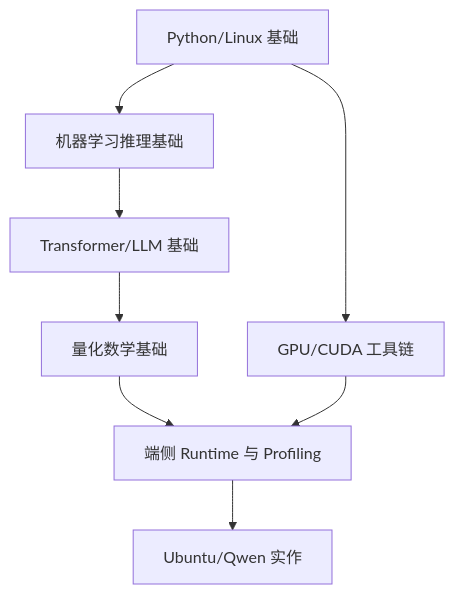
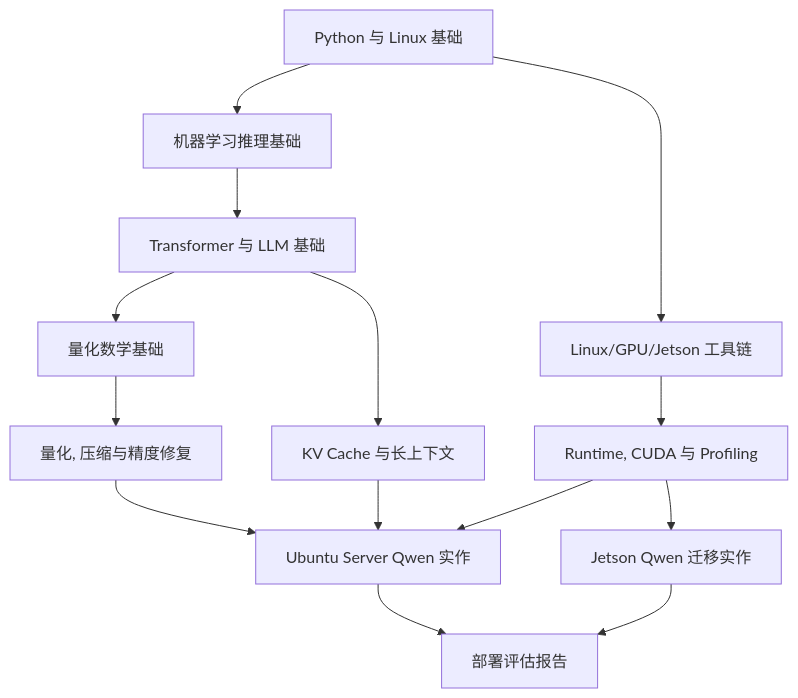
Before and after one commit to skyswordw/edge-ai-deployment-course: the diagram in docs/prerequisites.md, drawn with Mermaid. The commit also changed other lines of this file and 29 other files, not shown here.

````diff
--- a/docs/prerequisites.md
+++ b/docs/prerequisites.md
@@ -19,10 +33,16 @@
 ```mermaid
 flowchart TD
-  A[Python/Linux 基础] --> B[机器学习推理基础]
-  B --> C[Transformer/LLM 基础]
-  C --> D[量化数学基础]
-  A --> E[GPU/CUDA 工具链]
-  D --> F[端侧 Runtime 与 Profiling]
-  E --> F
-  F --> G[Ubuntu/Qwen 实作]
+  A["Python 与 Linux 基础"] --> B["机器学习推理基础"]
+  B --> C["Transformer 与 LLM 基础"]
+  C --> D["量化数学基础"]
+  A --> E["Linux/GPU/Jetson 工具链"]
+  D --> F["量化, 压缩与精度修复"]
+  C --> G["KV Cache 与长上下文"]
+  E --> H["Runtime, CUDA 与 Profiling"]
+  F --> I["Ubuntu Server Qwen 实作"]
+  G --> I
+  H --> I
+  H --> J["Jetson Qwen 迁移实作"]
+  I --> K["部署评估报告"]
+  J --> K
 ```
````
